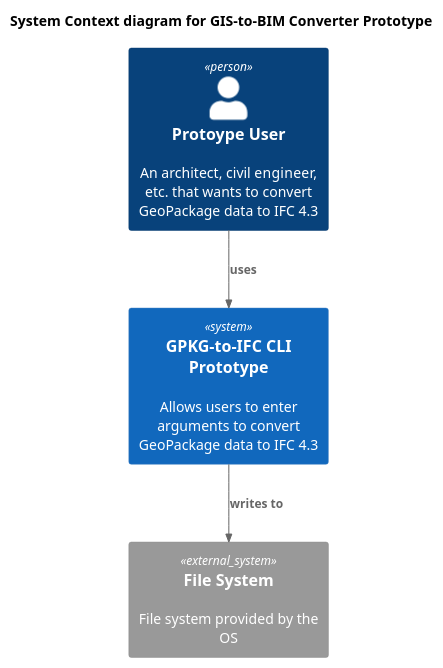
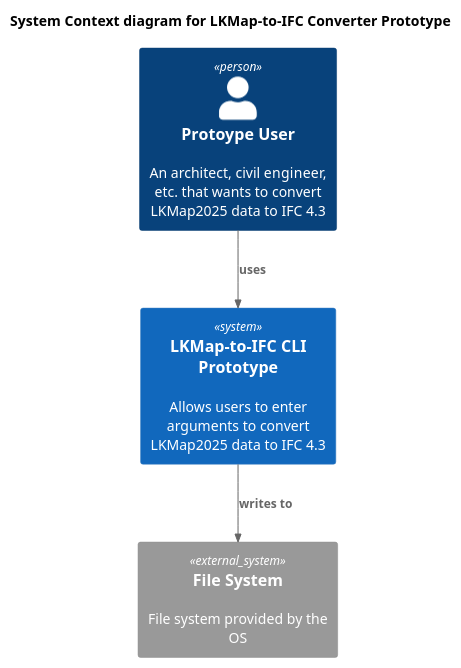
The diagram in resources/ContextDiagram.puml (jmaier241117/LKMap2025_to_IFC_cli), drawn with PlantUML before and after one commit. The commit also changed 26 other files, not shown here.

```diff
--- a/resources/ContextDiagram.puml
+++ b/resources/ContextDiagram.puml
@@ -1,13 +1,13 @@
 @startuml
 !include C4_Context.puml
 
-title System Context diagram for GIS-to-BIM Converter Prototype
+title System Context diagram for LKMap-to-IFC Converter Prototype
 
-Person(user, "Protoype User", "An architect, civil engineer, etc. that wants to convert GeoPackage data to IFC 4.3 ")
-System(GIS_To_BIM_Converter_Prototype, "GPKG-to-IFC CLI Prototype", "Allows users to enter arguments to convert GeoPackage data to IFC 4.3")
+Person(user, "Protoype User", "An architect, civil engineer, etc. that wants to convert LKMap2025 data to IFC 4.3 ")
+System(LKMap_2_IFC_Converter_Prototype, "LKMap-to-IFC CLI Prototype", "Allows users to enter arguments to convert LKMap2025 data to IFC 4.3")
 System_Ext(filesystem, "File System", "File system provided by the OS")
 
-Rel(user, GIS_To_BIM_Converter_Prototype, "uses")
-Rel(GIS_To_BIM_Converter_Prototype, filesystem, "writes to")
+Rel(user, LKMap_2_IFC_Converter_Prototype, "uses")
+Rel(LKMap_2_IFC_Converter_Prototype, filesystem, "writes to")
 
 @enduml
```
